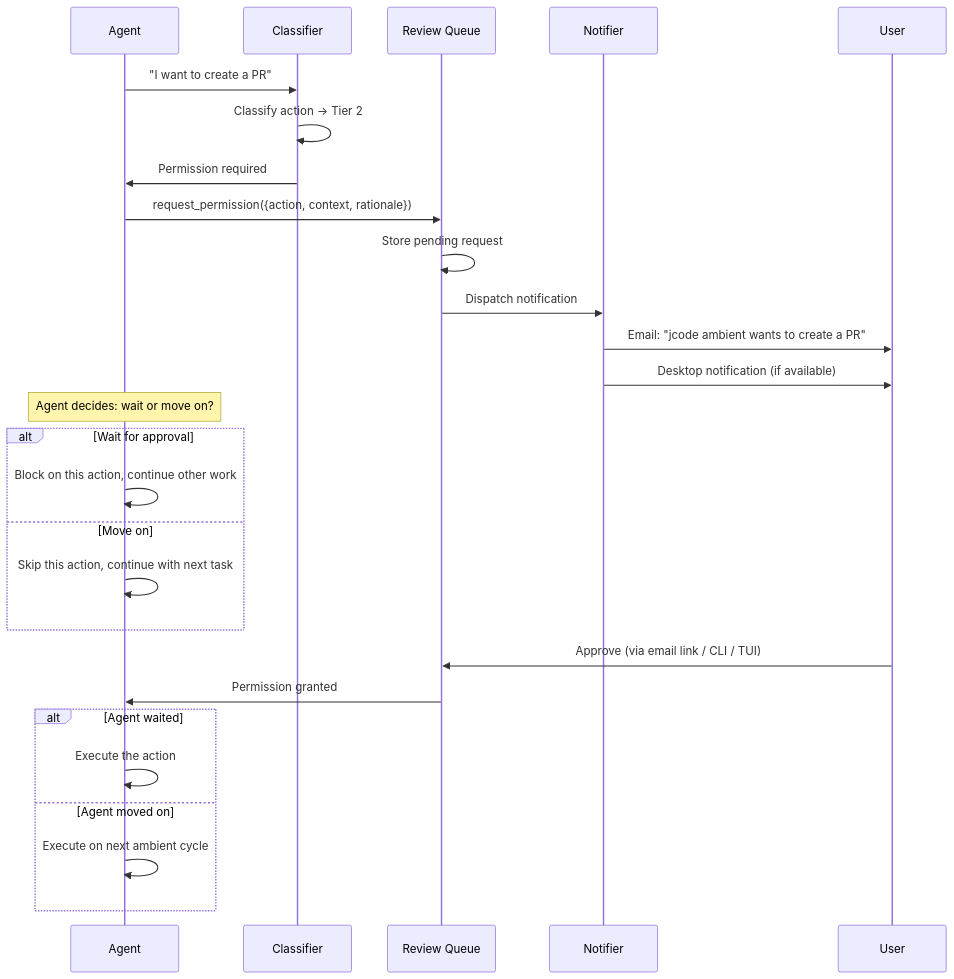
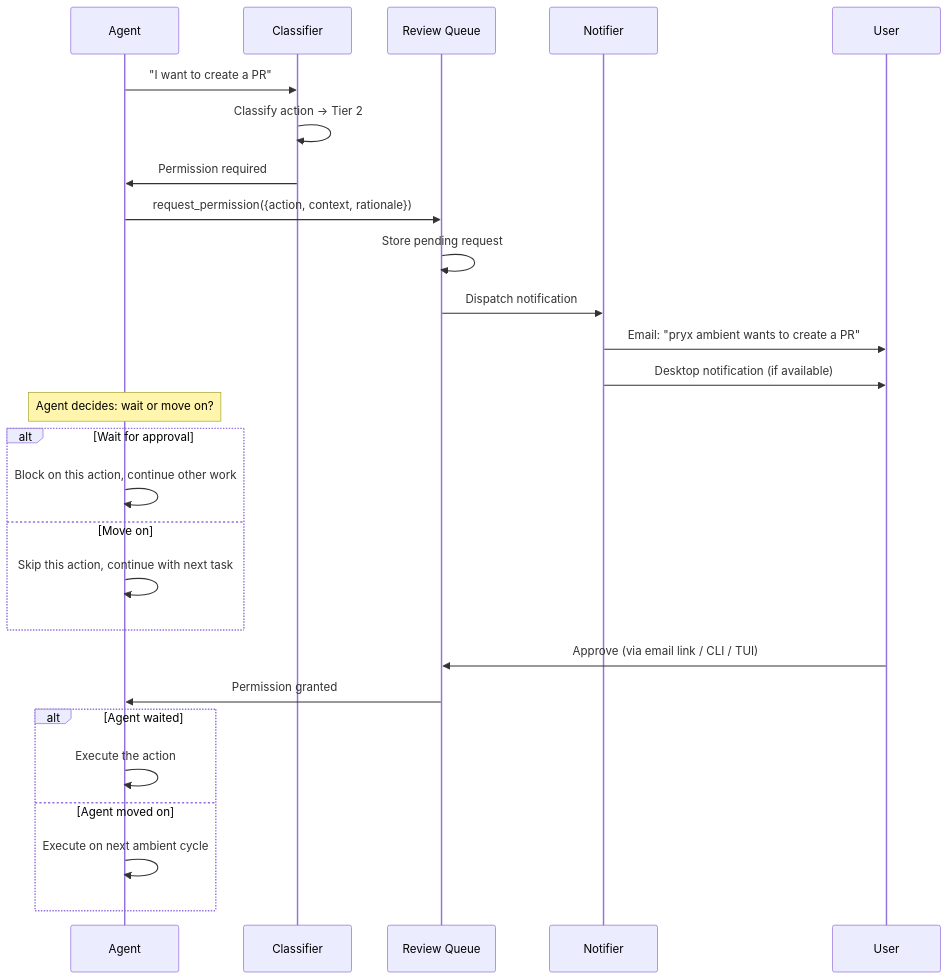
Before and after one commit to irfndi/pryx: the second of 3 diagrams in docs/SAFETY_SYSTEM.md, drawn with Mermaid. The commit also changed other lines of this file and 2678 other files, not shown here.

First line of the commit message:
refactor: rename jcode to pryx across the entire codebase

````diff
--- a/docs/SAFETY_SYSTEM.md
+++ b/docs/SAFETY_SYSTEM.md
@@ -153,35 +153,35 @@
 ```mermaid
 sequenceDiagram
     participant AG as Agent
     participant CL as Classifier
     participant RQ as Review Queue
     participant NF as Notifier
     participant US as User
 
     AG->>CL: "I want to create a PR"
     CL->>CL: Classify action → Tier 2
     CL->>AG: Permission required
 
     AG->>RQ: request_permission({action, context, rationale})
     RQ->>RQ: Store pending request
     RQ->>NF: Dispatch notification
 
-    NF->>US: Email: "jcode ambient wants to create a PR"
+    NF->>US: Email: "pryx ambient wants to create a PR"
     NF->>US: Desktop notification (if available)
 
     Note over AG: Agent decides: wait or move on?
     alt Wait for approval
         AG->>AG: Block on this action, continue other work
     else Move on
         AG->>AG: Skip this action, continue with next task
     end
 
     US->>RQ: Approve (via email link / CLI / TUI)
     RQ->>AG: Permission granted
 
     alt Agent waited
         AG->>AG: Execute the action
     else Agent moved on
         AG->>AG: Execute on next ambient cycle
     end
 ```
````
